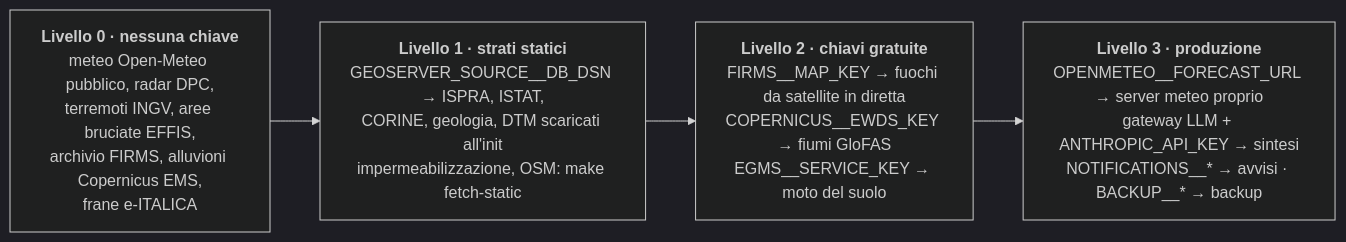
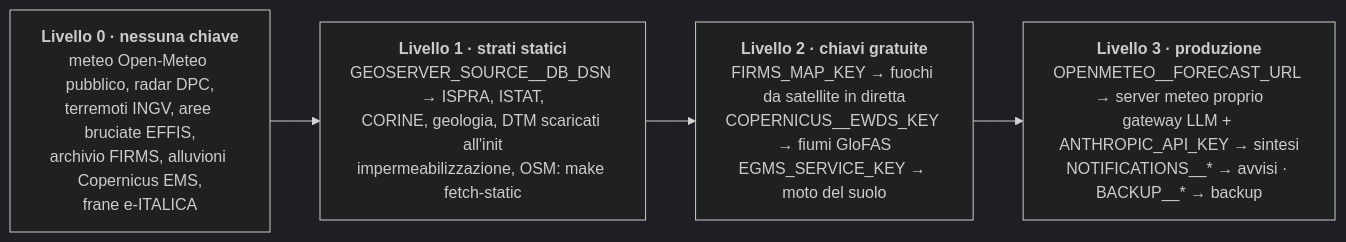
One commit to agent-engineering-studio/limen changed the third of 5 diagrams in README.it.md. Above: the diagram before and after it, drawn with Mermaid (dark theme). The commit also changed other lines of this file and 24 other files, not shown here.

````diff
--- a/README.it.md
+++ b/README.it.md
@@ -294,8 +297,8 @@
 ```mermaid
 flowchart LR
     L0["<b>Livello 0 · nessuna chiave</b><br/>meteo Open-Meteo pubblico, radar DPC,<br/>terremoti INGV, aree bruciate EFFIS,<br/>archivio FIRMS, alluvioni Copernicus EMS,<br/>frane e-ITALICA"]
     L1["<b>Livello 1 · strati statici</b><br/>GEOSERVER_SOURCE__DB_DSN → ISPRA, ISTAT,<br/>CORINE, geologia, DTM scaricati all'init<br/>impermeabilizzazione, OSM: make fetch-static"]
-    L2["<b>Livello 2 · chiavi gratuite</b><br/>FIRMS__MAP_KEY → fuochi da satellite in diretta<br/>COPERNICUS__EWDS_KEY → fiumi GloFAS<br/>EGMS__SERVICE_KEY → moto del suolo"]
+    L2["<b>Livello 2 · chiavi gratuite</b><br/>FIRMS_MAP_KEY → fuochi da satellite in diretta<br/>COPERNICUS__EWDS_KEY → fiumi GloFAS<br/>EGMS_SERVICE_KEY → moto del suolo"]
     L3["<b>Livello 3 · produzione</b><br/>OPENMETEO__FORECAST_URL → server meteo proprio<br/>gateway LLM + ANTHROPIC_API_KEY → sintesi<br/>NOTIFICATIONS__* → avvisi · BACKUP__* → backup"]
     L0 --> L1 --> L2 --> L3
 ```
````
